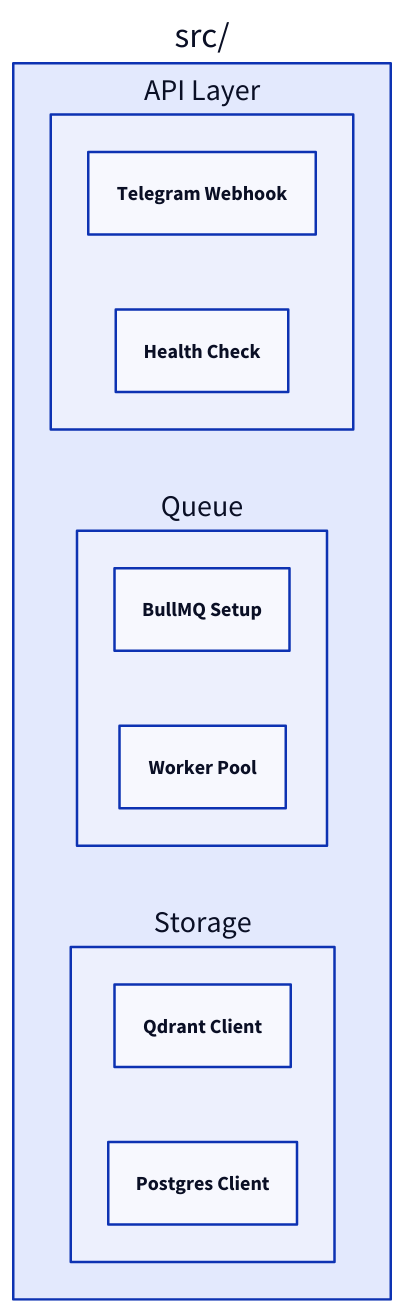
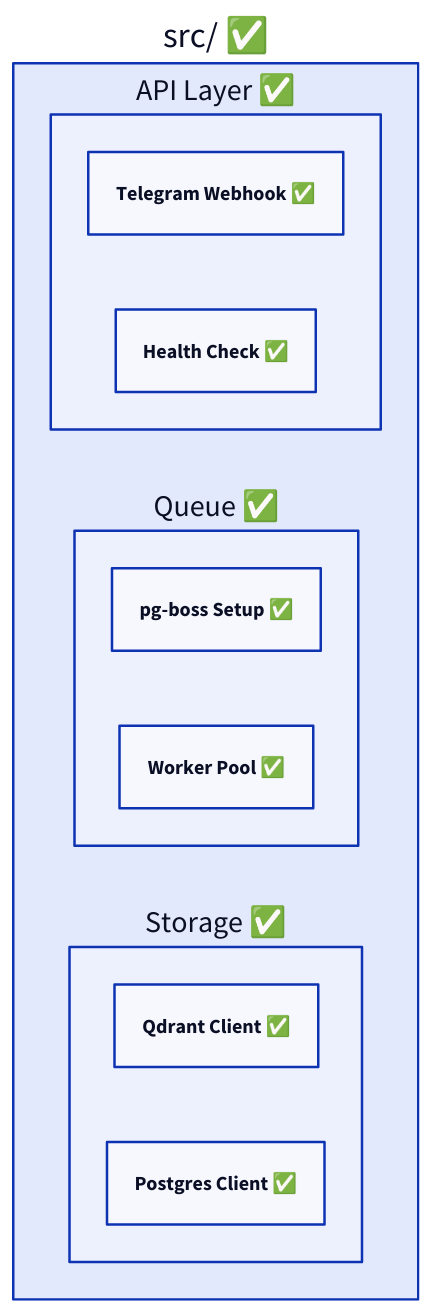
Before and after one commit to brucemckayone/knowledge-memory-system: the third of 7 diagrams in TECHNICAL_PLAN.md, drawn with D2. The commit also changed other lines of this file and 72 other files, not shown here.

````diff
--- a/TECHNICAL_PLAN.md
+++ b/TECHNICAL_PLAN.md
@@ -147,18 +161,18 @@
 ```d2
 direction: right
 
-src: src/ {
-  api: API Layer {
-    webhook: Telegram Webhook
-    health: Health Check
+src: src/ ✅ {
+  api: API Layer ✅ {
+    webhook: Telegram Webhook ✅
+    health: Health Check ✅
   }
-  queue: Queue {
-    bullmq: BullMQ Setup
-    workers: Worker Pool
+  queue: Queue ✅ {
+    pgboss: pg-boss Setup ✅
+    workers: Worker Pool ✅
   }
-  storage: Storage {
-    qdrant: Qdrant Client
-    postgres: Postgres Client
+  storage: Storage ✅ {
+    qdrant: Qdrant Client ✅
+    postgres: Postgres Client ✅
   }
 }
 ```
````
